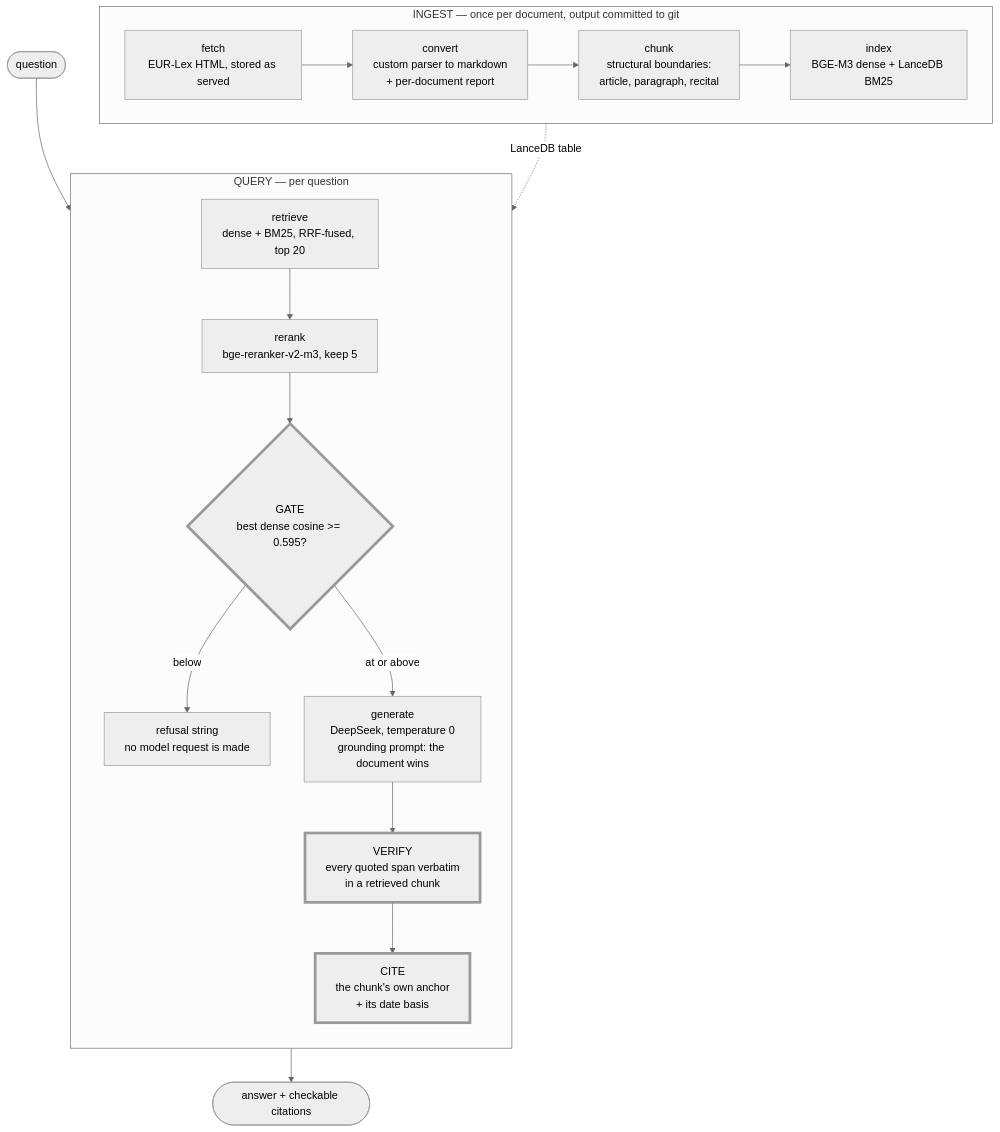
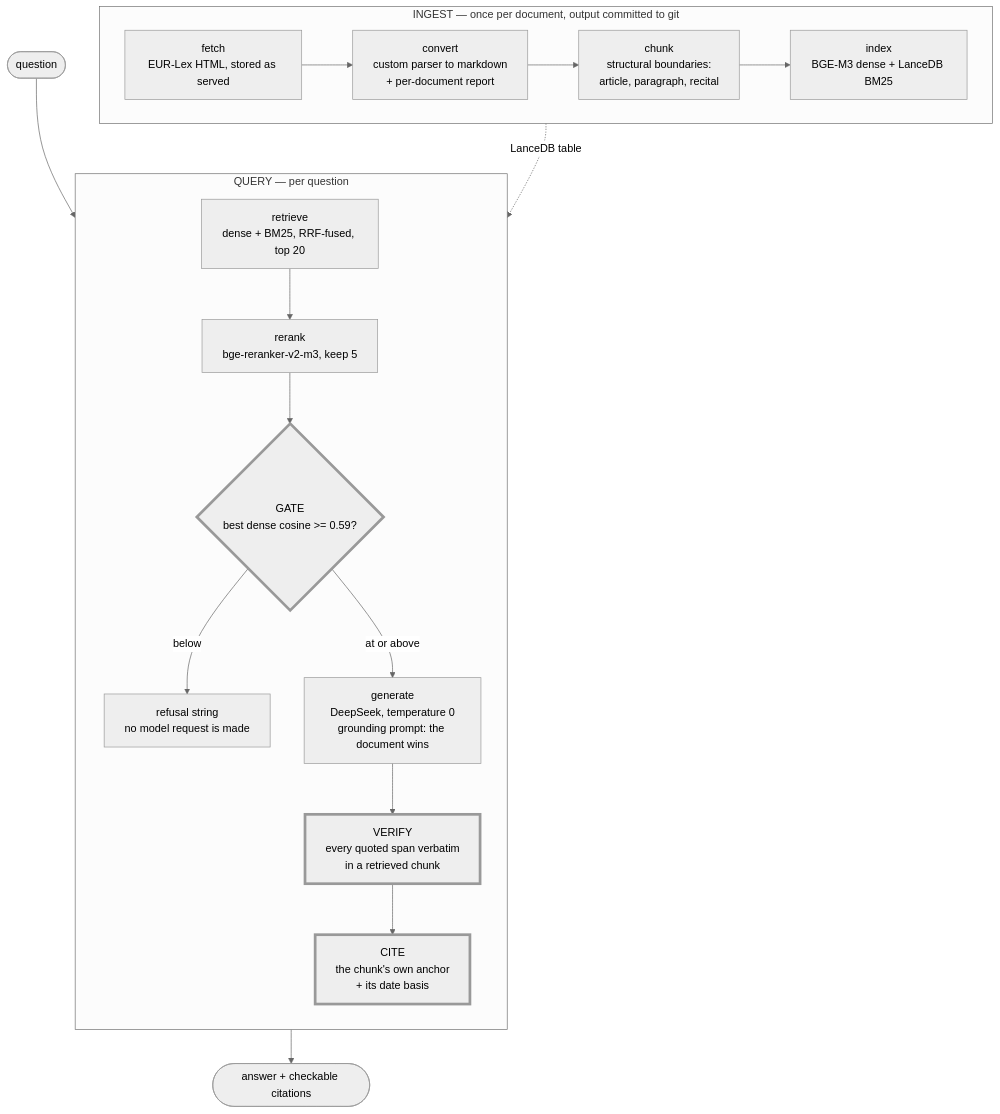
The diagram in README.md (amdwave/grc-rag), drawn with Mermaid (neutral theme) before and after one commit. The commit also changed other lines of this file and 13 other files, not shown here.

````diff
--- a/README.md
+++ b/README.md
@@ -31,33 +29,33 @@
 ```mermaid
 flowchart TD
     subgraph ingest["INGEST — once per document, output committed to git"]
         direction LR
         F["fetch<br/>EUR-Lex HTML, stored as served"]
         C["convert<br/>custom parser to markdown<br/>+ per-document report"]
         K["chunk<br/>structural boundaries:<br/>article, paragraph, recital"]
         X["index<br/>BGE-M3 dense + LanceDB BM25"]
         F --> C --> K --> X
     end
 
     Q(["question"]) --> R
 
     subgraph query["QUERY — per question"]
         direction TB
         R["retrieve<br/>dense + BM25, RRF-fused, top 20"]
         RR["rerank<br/>bge-reranker-v2-m3, keep 5"]
-        G{"GATE<br/>best dense cosine >= 0.595?"}
+        G{"GATE<br/>best dense cosine >= 0.59?"}
         REF["refusal string<br/>no model request is made"]
         GEN["generate<br/>DeepSeek, temperature 0<br/>grounding prompt: the document wins"]
         V["VERIFY<br/>every quoted span verbatim<br/>in a retrieved chunk"]
         CI["CITE<br/>the chunk's own anchor<br/>+ its date basis"]
         R --> RR --> G
         G -- "below" --> REF
         G -- "at or above" --> GEN --> V --> CI
     end
 
     X -. "LanceDB table" .-> R
     CI --> A(["answer + checkable citations"])
 
     classDef guard stroke-width:4px
     class G,V,CI guard
 ```
````
